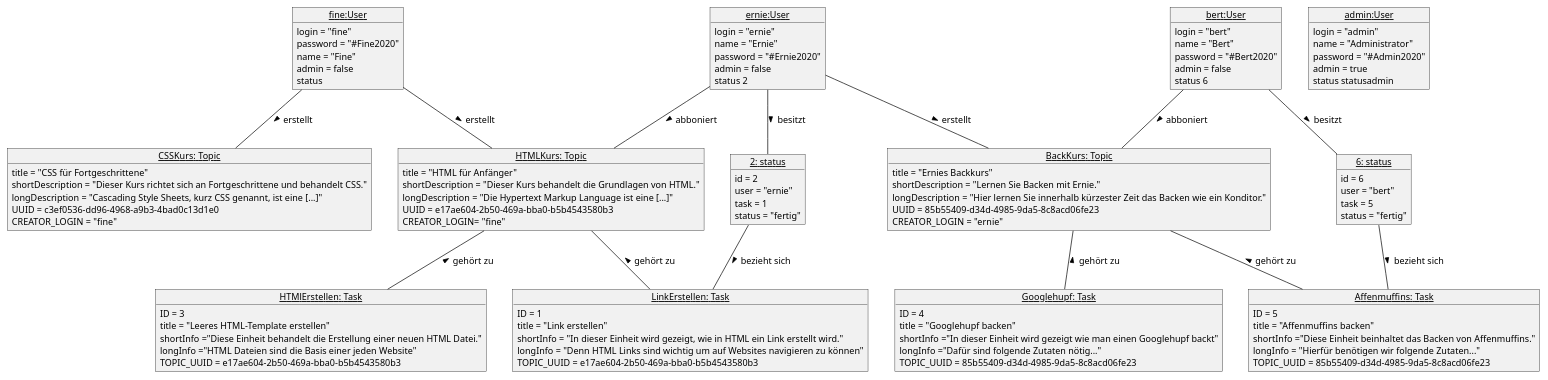
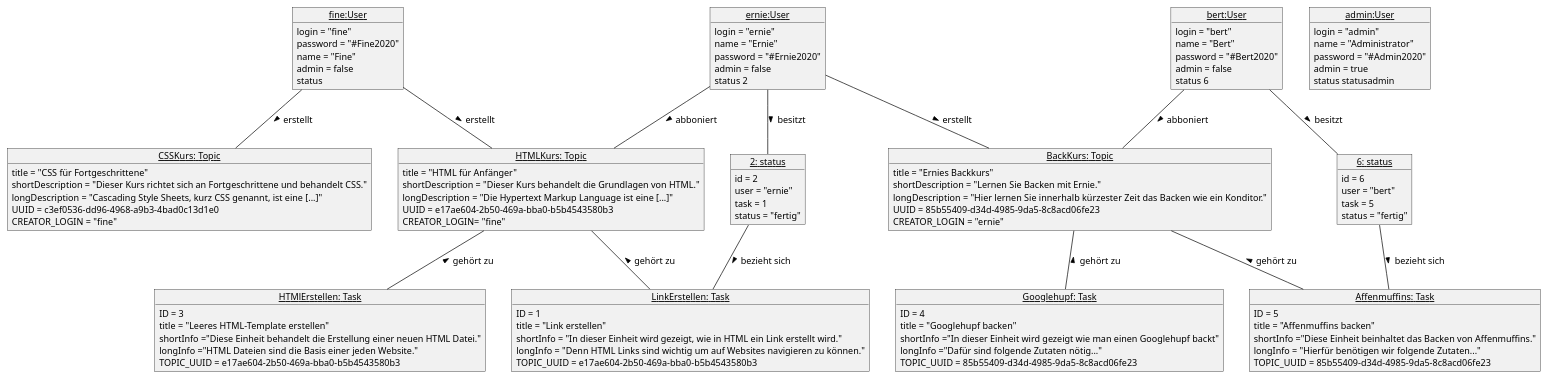
The diagram in doku/Objektmodell.plantuml (SimonHirner/agenda20), drawn with PlantUML before and after one commit. The commit also changed 17 other files, not shown here.

```diff
--- a/doku/Objektmodell.plantuml
+++ b/doku/Objektmodell.plantuml
@@ -1,131 +1,131 @@
 @startuml
 
 ' Layout
 skinparam classAttributeIconSize 0
 skinparam monochrome true
 skinparam shadowing false
 skinparam DefaultFontName arial
 skinparam DefaultFontSize 12
 skinparam ClassFontStyle bold
 
 'User
 object "<u>fine:User</u>" as fine{
     login = "fine"
     password = "#Fine2020"
     name = "Fine"
     admin = false
     status
 }
 object "<u>ernie:User</u>" as ernie{
     login = "ernie"
     name = "Ernie"
     password = "#Ernie2020"
     admin = false
     status 2
 }
 object "<u>bert:User</u>" as bert{
     login = "bert"
     name = "Bert"
     password = "#Bert2020"
     admin = false
     status 6
 }
 object "<u>admin:User</u>" as admin{
     login = "admin"
     name = "Administrator"
     password = "#Admin2020"
     admin = true
     status statusadmin
 }
 
 'Topics
 object "<u>HTMLKurs: Topic</u>" as HTMLKurs{
     title = "HTML für Anfänger"
     shortDescription = "Dieser Kurs behandelt die Grundlagen von HTML."
     longDescription = "Die Hypertext Markup Language ist eine [...]"
     UUID = e17ae604-2b50-469a-bba0-b5b4543580b3
     CREATOR_LOGIN= "fine"
 
 }
 object "<u>CSSKurs: Topic</u>" as CSSKurs{
     title = "CSS für Fortgeschrittene"
     shortDescription = "Dieser Kurs richtet sich an Fortgeschrittene und behandelt CSS."
     longDescription = "Cascading Style Sheets, kurz CSS genannt, ist eine [...]"
     UUID = c3ef0536-dd96-4968-a9b3-4bad0c13d1e0
     CREATOR_LOGIN = "fine"
 }
 object "<u>BackKurs: Topic</u>" as BackKurs{
     title = "Ernies Backkurs"
     shortDescription = "Lernen Sie Backen mit Ernie."
     longDescription = "Hier lernen Sie innerhalb kürzester Zeit das Backen wie ein Konditor."
     UUID = 85b55409-d34d-4985-9da5-8c8acd06fe23
     CREATOR_LOGIN = "ernie"
 }
 
 'Tasks
 object "<u>LinkErstellen: Task</u>" as LinkErstellen {
     ID = 1
     title = "Link erstellen"
     shortInfo = "In dieser Einheit wird gezeigt, wie in HTML ein Link erstellt wird."
-    longInfo = "Denn HTML Links sind wichtig um auf Websites navigieren zu können"
+    longInfo = "Denn HTML Links sind wichtig um auf Websites navigieren zu können."
     TOPIC_UUID = e17ae604-2b50-469a-bba0-b5b4543580b3
 }
 object "<u>HTMlErstellen: Task</u>" as HTMlErstellen {
     ID = 3
     title = "Leeres HTML-Template erstellen"
     shortInfo ="Diese Einheit behandelt die Erstellung einer neuen HTML Datei."
-    longInfo ="HTML Dateien sind die Basis einer jeden Website"
+    longInfo ="HTML Dateien sind die Basis einer jeden Website."
     TOPIC_UUID = e17ae604-2b50-469a-bba0-b5b4543580b3
 }
 object "<u>Googlehupf: Task</u>" as Googlehupf {
     ID = 4
     title = "Googlehupf backen"
     shortInfo ="In dieser Einheit wird gezeigt wie man einen Googlehupf backt"
     longInfo ="Dafür sind folgende Zutaten nötig..."
     TOPIC_UUID = 85b55409-d34d-4985-9da5-8c8acd06fe23
 }
 object "<u>Affenmuffins: Task</u>" as Affenmuffins {
     ID = 5
     title = "Affenmuffins backen"
     shortInfo ="Diese Einheit beinhaltet das Backen von Affenmuffins."
     longInfo = "Hierfür benötigen wir folgende Zutaten..."
     TOPIC_UUID = 85b55409-d34d-4985-9da5-8c8acd06fe23
 }
 
 'status
 object "<u>2: status</u>" as 2{
 	id = 2
 	user = "ernie"
 	task = 1
 	status = "fertig"
 }
 
 object "<u>6: status</u>" as 6{
 	id = 6
 	user = "bert"
 	task = 5
 	status = "fertig"
 }
 
 'Assoziationen
 fine -- HTMLKurs :> erstellt
 fine -- CSSKurs :> erstellt
 ernie -- BackKurs :> erstellt
 
 ernie -- 2 :> besitzt
 bert -- 6 :> besitzt
 
 ernie -- HTMLKurs :> abboniert
 bert -- BackKurs :> abboniert
 
 HTMLKurs -- LinkErstellen :< gehört zu
 HTMLKurs -- HTMlErstellen :< gehört zu
 
 6 -- Affenmuffins :> bezieht sich
 2 -- LinkErstellen :> bezieht sich
 
 BackKurs -- Googlehupf :< gehört zu
 BackKurs -- Affenmuffins :< gehört zu
 
 
 @enduml
```
